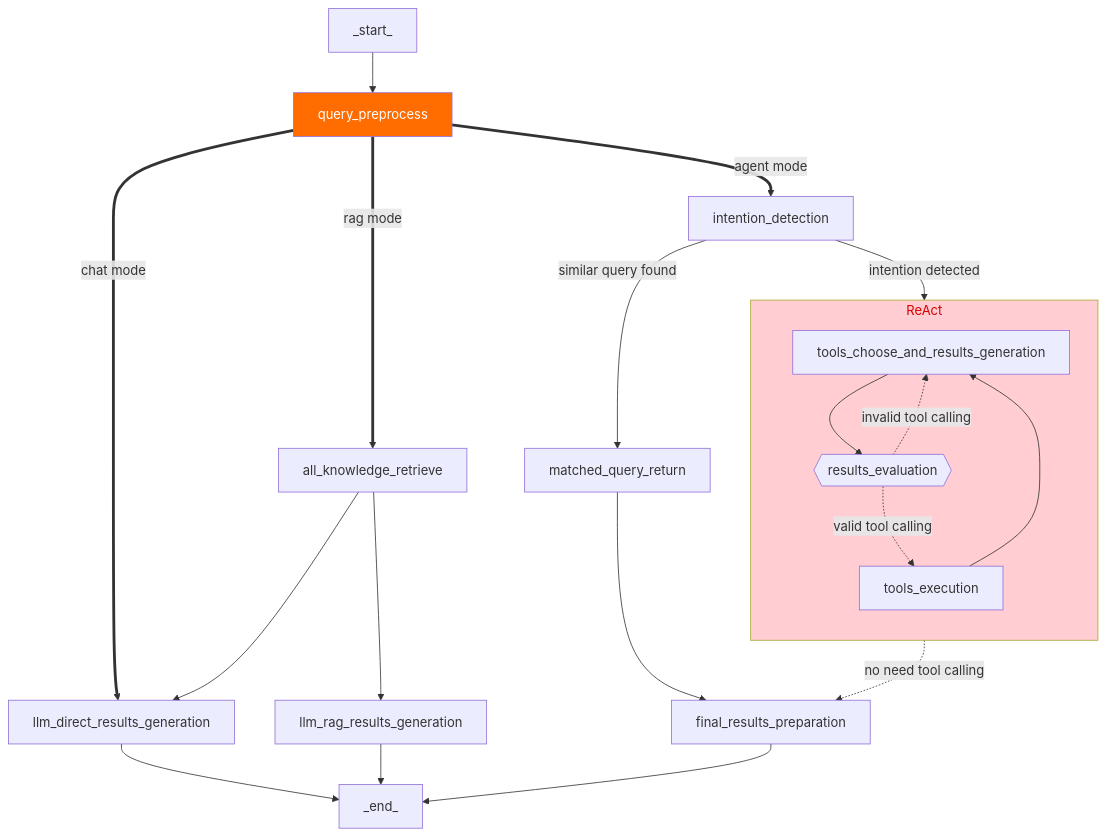
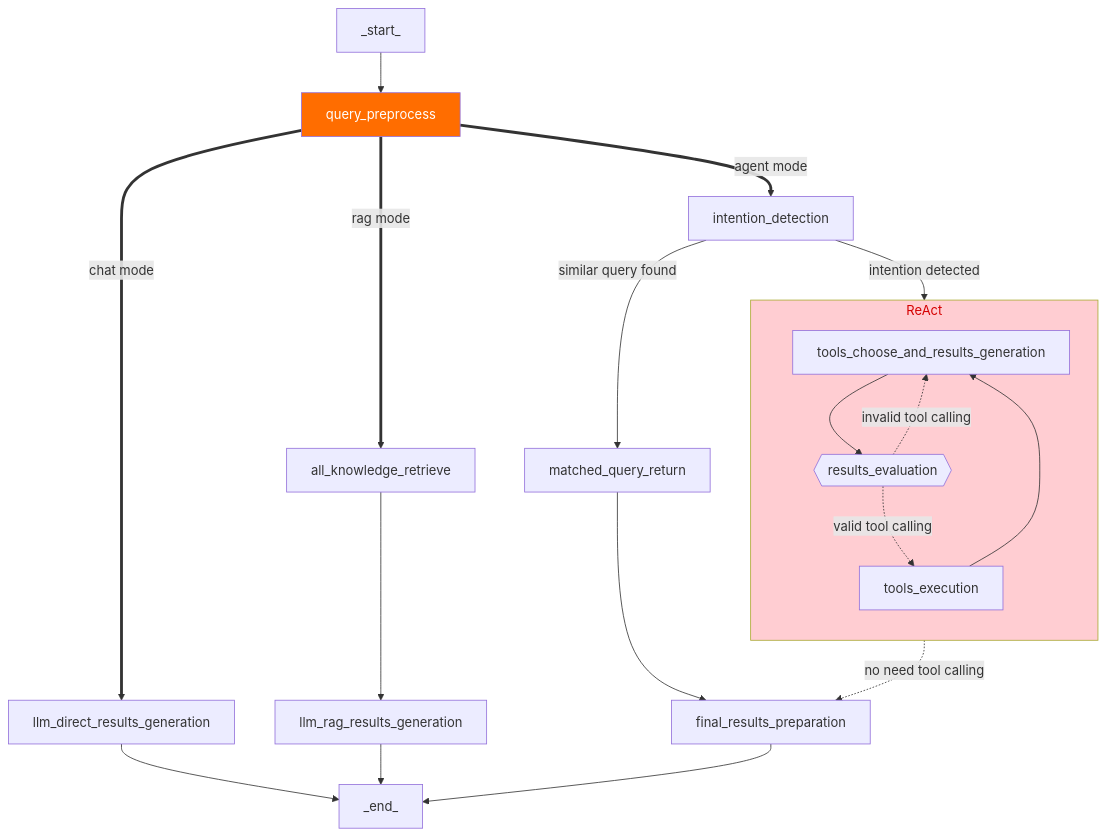
Before and after one commit to aws-samples/Intelli-Agent: the diagram in README.md, drawn with Mermaid.

Commit message:
update readme mermaid

````diff
--- a/README.md
+++ b/README.md
@@ -130,37 +130,37 @@
 ```mermaid
 flowchart TD
  subgraph ReAct["ReAct"]
     direction TB
         tools_choose_and_results_generation["tools_choose_and_results_generation"]
         results_evaluation{{"results_evaluation"}}
         tools_execution["tools_execution"]
   end
     _start_["_start_"] --> query_preprocess["query_preprocess"]
     query_preprocess == chat mode ==> llm_direct_results_generation["llm_direct_results_generation"]
     query_preprocess == rag mode ==> all_knowledge_retrieve["all_knowledge_retrieve"]
     query_preprocess == agent mode ==> intention_detection["intention_detection"]
-    all_knowledge_retrieve --> llm_direct_results_generation & llm_rag_results_generation["llm_rag_results_generation"]
+    all_knowledge_retrieve --> llm_rag_results_generation["llm_rag_results_generation"]
     intention_detection -- similar query found --> matched_query_return["matched_query_return"]
     intention_detection -- intention detected --> tools_choose_and_results_generation
     tools_choose_and_results_generation --> results_evaluation
     results_evaluation -. invalid tool calling .-> tools_choose_and_results_generation
     results_evaluation -. valid tool calling .-> tools_execution
     results_evaluation -. no need tool calling .-> final_results_preparation["final_results_preparation"]
     tools_execution --> tools_choose_and_results_generation
     llm_direct_results_generation --> _end_["_end_"]
     llm_rag_results_generation --> _end_
     matched_query_return --> final_results_preparation
     final_results_preparation --> _end_
      tools_choose_and_results_generation:::process
      results_evaluation:::process
      tools_execution:::process
      query_preprocess:::process
      llm_direct_results_generation:::process
      all_knowledge_retrieve:::process
      intention_detection:::process
      llm_rag_results_generation:::process
      matched_query_return:::process
      final_results_preparation:::process
     style query_preprocess fill:#FF6D00,color:#FFFFFF
     style ReAct fill:#FFCDD2,color:#D50000
 ```
````
